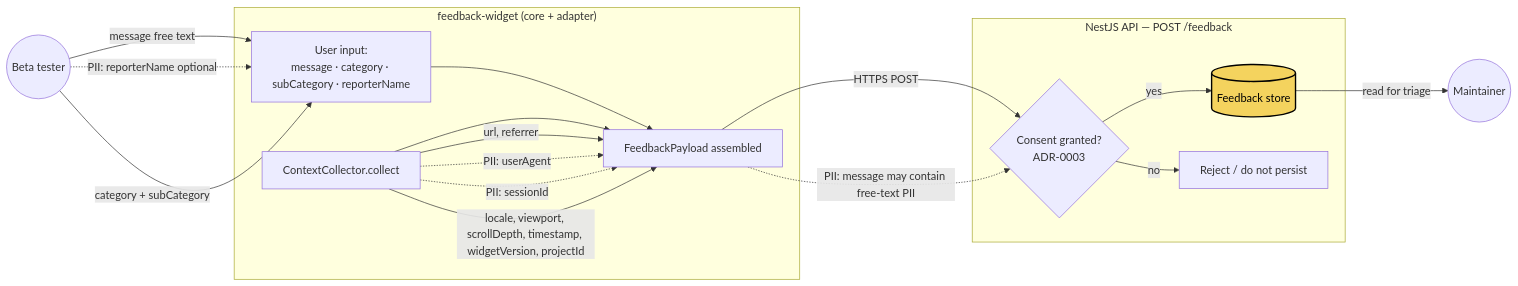
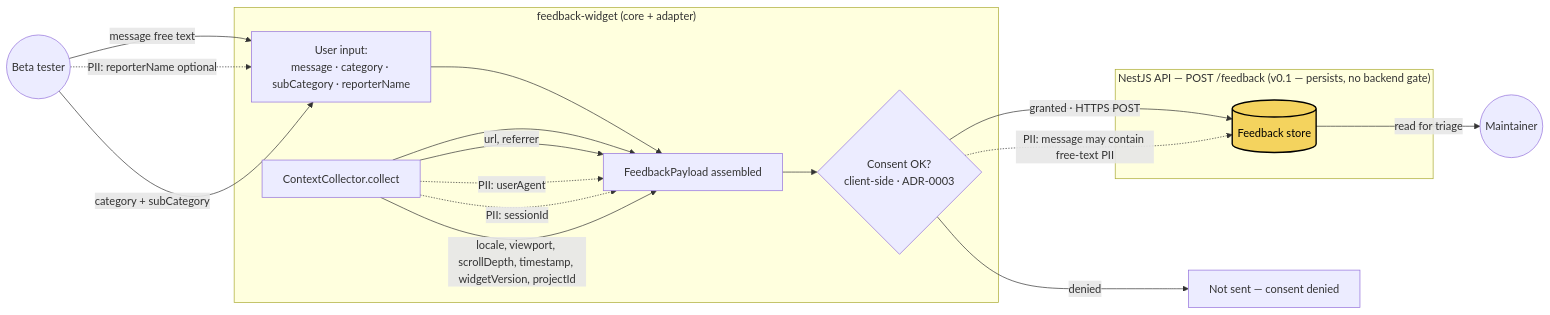
One commit to benoit-bremaud/brasse-bouillon changed the diagram in docs/architecture/diagrams/feedback/06-data-flow.md. Above: the diagram before and after it, drawn with Mermaid. The commit also changed other lines of this file and 2 other files, not shown here.

Commit message:
docs(feedback/architecture): align consent modelling with ADR-0003 (client-side at v0.1)
ADR-0003 places the consent store on the mobile client; no backend consent module exists at v0.1 (backend sync is the v0.2 roadmap). Reframe the consent gate as client-side across the sequence, component and data-flow diagrams, marking the backend Consent sync module as a v0.2/future item.

Refs #1030

````diff
--- a/docs/architecture/diagrams/feedback/06-data-flow.md
+++ b/docs/architecture/diagrams/feedback/06-data-flow.md
@@ -16,45 +16,45 @@
 ```mermaid
 flowchart LR
     User((Beta tester))
 
     subgraph Widget ["feedback-widget (core + adapter)"]
         Input[User input:<br/>message · category · subCategory · reporterName]
         Ctx[ContextCollector.collect]
         Payload[FeedbackPayload assembled]
+        Gate{Consent OK?<br/>client-side · ADR-0003}
         Input --> Payload
         Ctx --> Payload
+        Payload --> Gate
     end
 
-    subgraph API ["NestJS API — POST /feedback"]
-        Consent{Consent granted?<br/>ADR-0003}
+    subgraph API ["NestJS API — POST /feedback (v0.1 — persists, no backend gate)"]
         Store[(Feedback store)]
-        Drop[Reject / do not persist]
-        Consent -->|yes| Store
-        Consent -->|no| Drop
     end
 
+    Blocked[Not sent — consent denied]
     Maintainer((Maintainer))
 
     %% User-provided content
     User -->|message free text| Input
     User -.->|PII: reporterName optional| Input
     User -->|category + subCategory| Input
 
     %% Auto-collected context
     Ctx -->|url, referrer| Payload
     Ctx -.->|PII: userAgent| Payload
     Ctx -.->|PII: sessionId| Payload
     Ctx -->|locale, viewport, scrollDepth, timestamp, widgetVersion, projectId| Payload
 
-    %% Transmission
-    Payload -->|HTTPS POST| Consent
-    Payload -.->|PII: message may contain free-text PII| Consent
+    %% Client-side consent gate, then transmission
+    Gate -->|granted · HTTPS POST| Store
+    Gate -.->|PII: message may contain free-text PII| Store
+    Gate -->|denied| Blocked
 
     %% Consumption
     Store -->|read for triage| Maintainer
 
     %% Styling
     classDef pii fill:#EE6C4D,stroke:#333,stroke-width:1px,color:#fff
     classDef store fill:#F4D35E,stroke:#000,stroke-width:2px,color:#000
     class Store store
 ```
````
